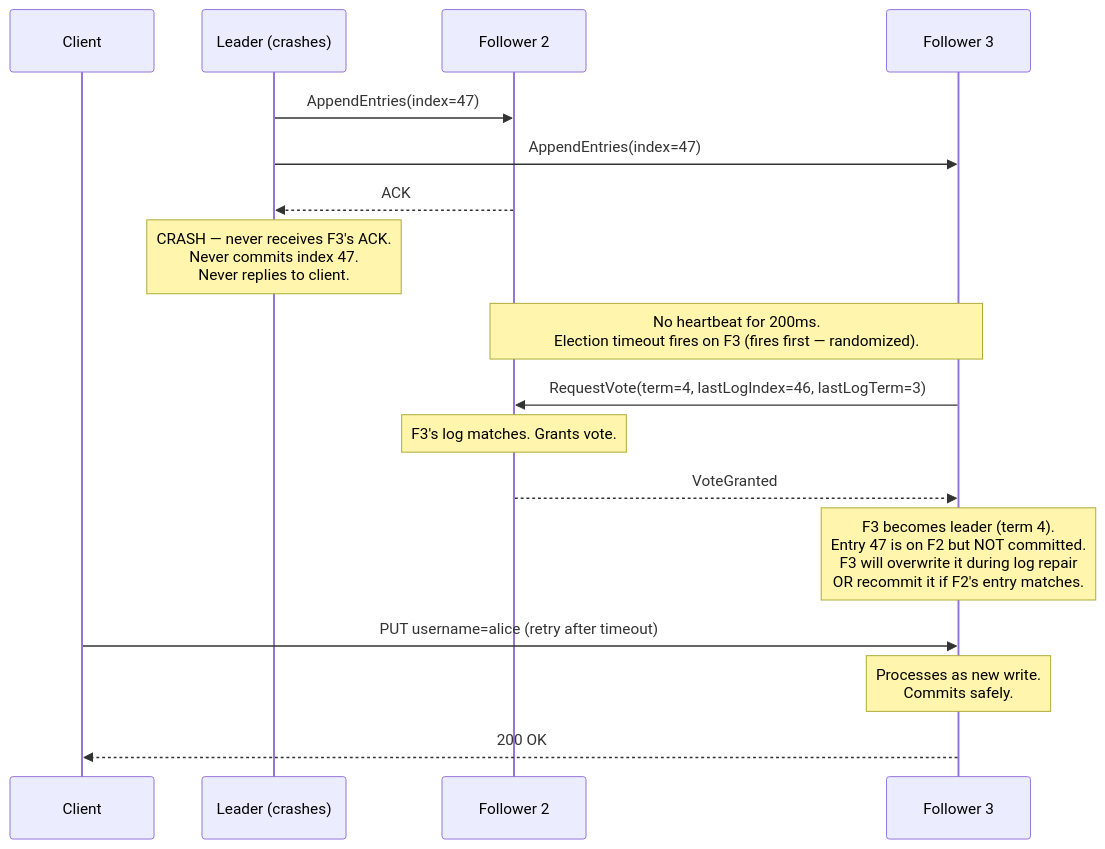
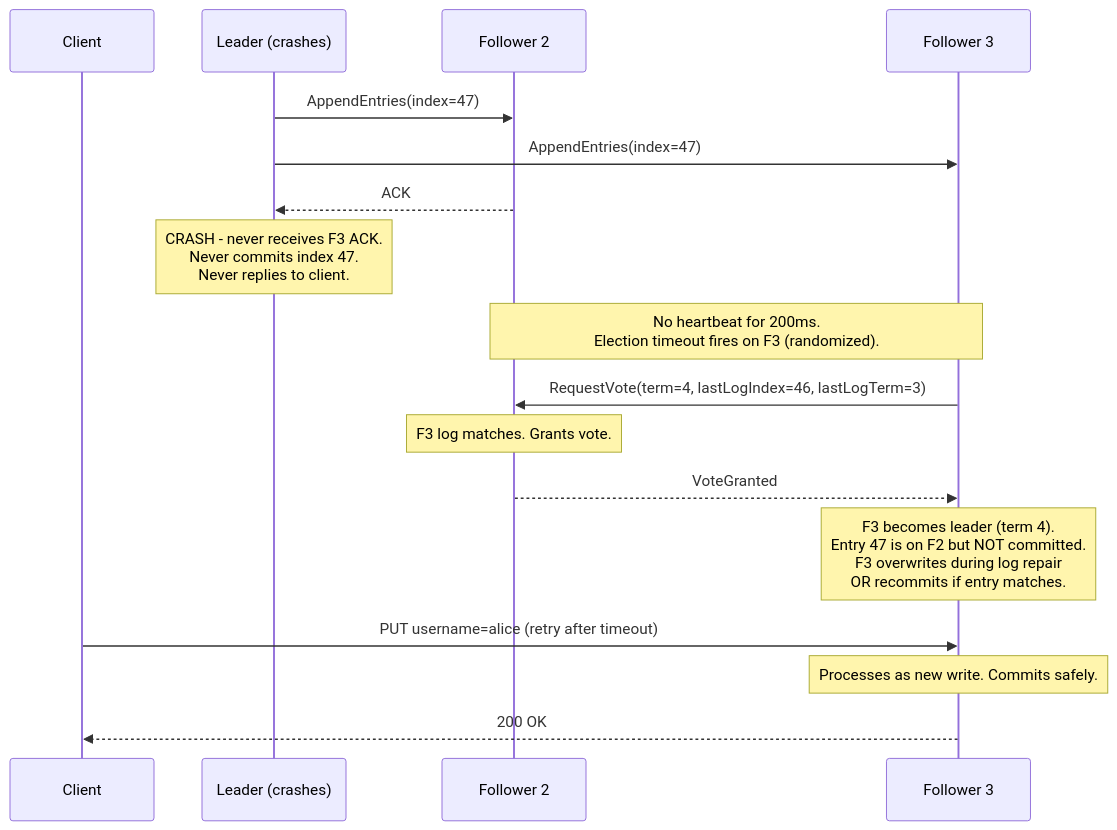
One commit to Utkarsh-patel26/Kronos changed the fifth of 9 diagrams in README.md. Above: the diagram before and after it, drawn with Mermaid. The commit also changed other lines of this file, not shown here.

````diff
--- a/README.md
+++ b/README.md
@@ -221,25 +221,25 @@
 ```mermaid
 sequenceDiagram
     participant C as Client
     participant L as Leader (crashes)
     participant F2 as Follower 2
     participant F3 as Follower 3
 
     L->>F2: AppendEntries(index=47)
     L->>F3: AppendEntries(index=47)
     F2-->>L: ACK
 
-    Note over L: CRASH — never receives F3's ACK.<br/>Never commits index 47.<br/>Never replies to client.
+    Note over L: CRASH - never receives F3 ACK.<br/>Never commits index 47.<br/>Never replies to client.
 
-    Note over F2,F3: No heartbeat for 200ms.<br/>Election timeout fires on F3 (fires first — randomized).
+    Note over F2,F3: No heartbeat for 200ms.<br/>Election timeout fires on F3 (randomized).
 
     F3->>F2: RequestVote(term=4, lastLogIndex=46, lastLogTerm=3)
-    Note over F2: F3's log matches. Grants vote.
+    Note over F2: F3 log matches. Grants vote.
     F2-->>F3: VoteGranted
 
-    Note over F3: F3 becomes leader (term 4).<br/>Entry 47 is on F2 but NOT committed.<br/>F3 will overwrite it during log repair<br/>OR recommit it if F2's entry matches.
+    Note over F3: F3 becomes leader (term 4).<br/>Entry 47 is on F2 but NOT committed.<br/>F3 overwrites during log repair<br/>OR recommits if entry matches.
 
     C->>F3: PUT username=alice (retry after timeout)
-    Note over F3: Processes as new write.<br/>Commits safely.
+    Note over F3: Processes as new write. Commits safely.
     F3-->>C: 200 OK
 ```
````
